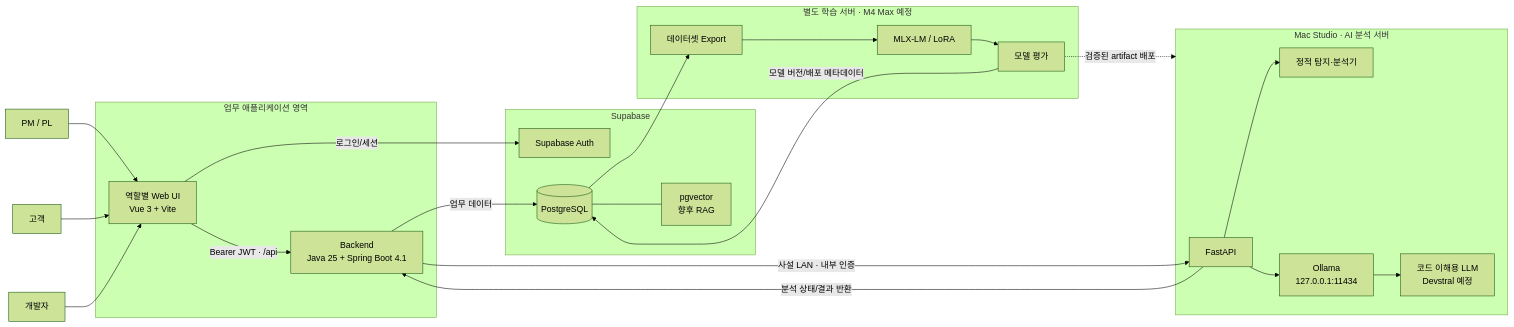
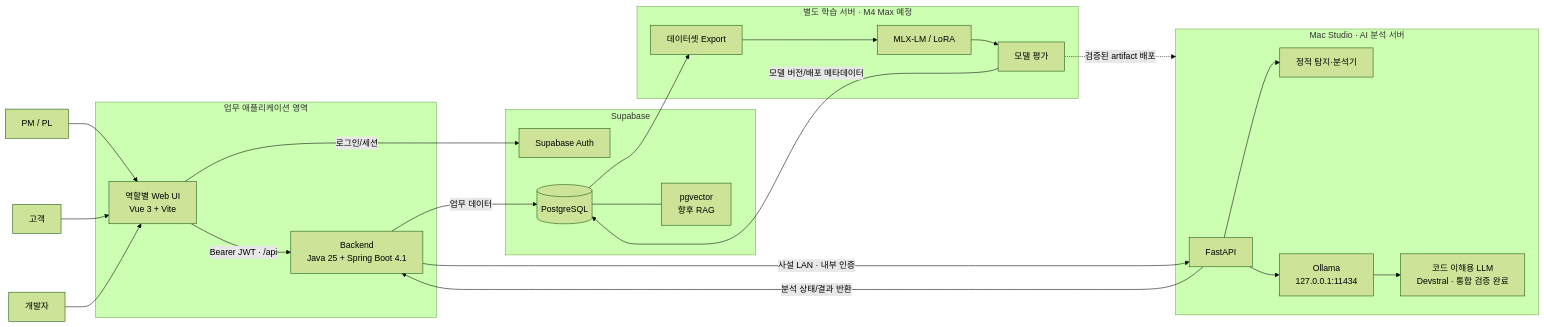
Before and after one commit to KimAgHuge/hackathon-ai: the first of 12 diagrams in docs/02_시스템_아키텍처.md, drawn with Mermaid (forest theme). The commit also changed other lines of this file and 4 other files, not shown here.

````diff
--- a/docs/02_시스템_아키텍처.md
+++ b/docs/02_시스템_아키텍처.md
@@ -13,48 +13,48 @@
 ```mermaid
 flowchart LR
     PM["PM / PL"]
     CUSTOMER["고객"]
     DEV["개발자"]
 
     subgraph APP["업무 애플리케이션 영역"]
         FE["역할별 Web UI<br/>Vue 3 + Vite"]
         BE["Backend<br/>Java 25 + Spring Boot 4.1"]
     end
 
     subgraph SB["Supabase"]
         AUTH["Supabase Auth"]
         DB[("PostgreSQL")]
         VEC["pgvector<br/>향후 RAG"]
     end
 
     subgraph MAC["Mac Studio · AI 분석 서버"]
         API["FastAPI"]
         DET["정적 탐지·분석기"]
         OLLAMA["Ollama<br/>127.0.0.1:11434"]
-        MODEL["코드 이해용 LLM<br/>Devstral 예정"]
+        MODEL["코드 이해용 LLM<br/>Devstral · 통합 검증 완료"]
     end
 
     subgraph TRAIN["별도 학습 서버 · M4 Max 예정"]
         EXPORT["데이터셋 Export"]
         LORA["MLX-LM / LoRA"]
         EVAL["모델 평가"]
     end
 
     PM --> FE
     CUSTOMER --> FE
     DEV --> FE
     FE -->|"로그인/세션"| AUTH
     FE -->|"Bearer JWT · /api"| BE
     BE -->|"업무 데이터"| DB
     BE -->|"사설 LAN · 내부 인증"| API
     API --> DET
     API --> OLLAMA
     OLLAMA --> MODEL
     API -->|"분석 상태/결과 반환"| BE
     DB --> EXPORT
     EXPORT --> LORA
     LORA --> EVAL
     EVAL -->|"모델 버전/배포 메타데이터"| DB
     EVAL -.->|"검증된 artifact 배포"| MAC
     DB --- VEC
 ```
````
